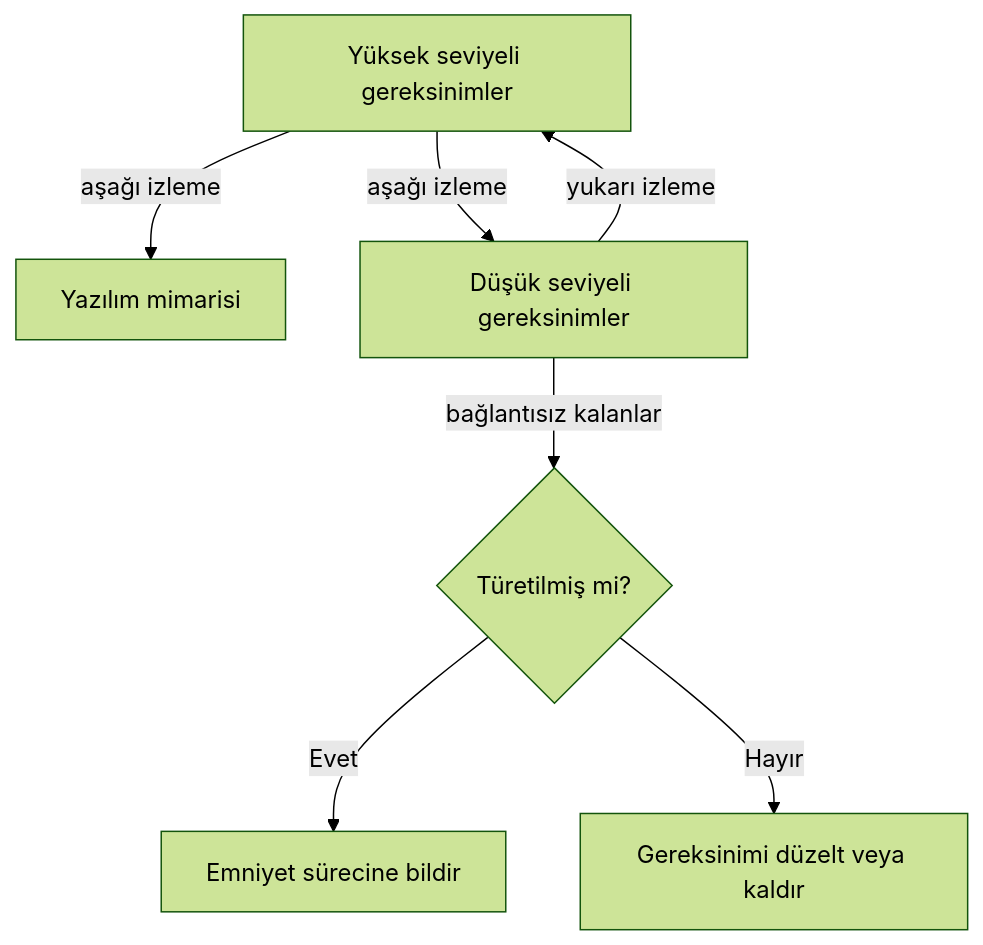
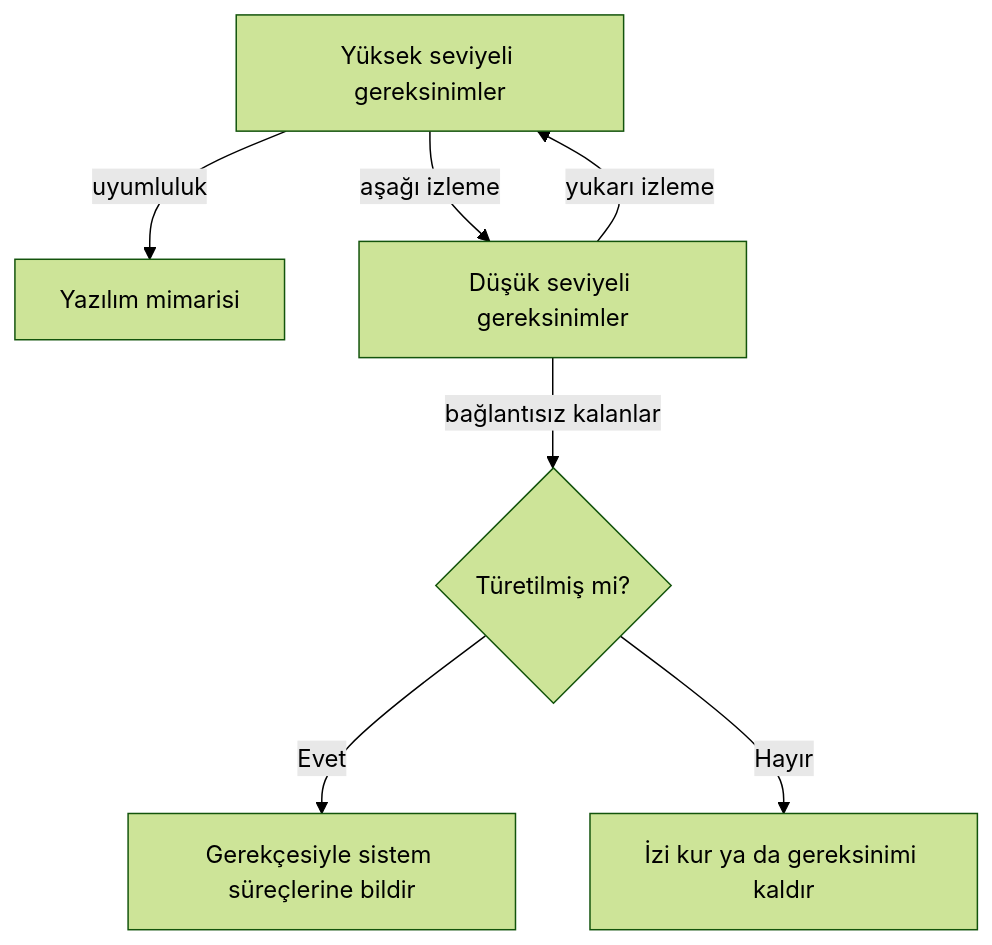
The third of 3 diagrams in kitap/03-do178c-ile-gelistirme/07-yazilim-tasarimi.md (Mavrikant/aviyonikyazilim), drawn with Mermaid (forest theme) before and after one commit. The commit also changed other lines of this file and 35 other files, not shown here.

````diff
--- a/kitap/03-do178c-ile-gelistirme/07-yazilim-tasarimi.md
+++ b/kitap/03-do178c-ile-gelistirme/07-yazilim-tasarimi.md
@@ -235,9 +435,9 @@
 ```mermaid
 flowchart TD
-  A[Yüksek seviyeli gereksinimler] -->|aşağı izleme| B[Yazılım mimarisi]
-  A -->|aşağı izleme| C[Düşük seviyeli gereksinimler]
-  C -->|yukarı izleme| A
-  C -->|bağlantısız kalanlar| D{Türetilmiş mi?}
-  D -->|Evet| E[Emniyet sürecine bildir]
-  D -->|Hayır| F[Gereksinimi düzelt veya kaldır]
+  A[Yüksek seviyeli gereksinimler] -- "uyumluluk" --> B[Yazılım mimarisi]
+  A -- "aşağı izleme" --> C[Düşük seviyeli gereksinimler]
+  C -- "yukarı izleme" --> A
+  C -- "bağlantısız kalanlar" --> D{Türetilmiş mi?}
+  D -- "Evet" --> E[Gerekçesiyle sistem süreçlerine bildir]
+  D -- "Hayır" --> F[İzi kur ya da gereksinimi kaldır]
 ```
````
